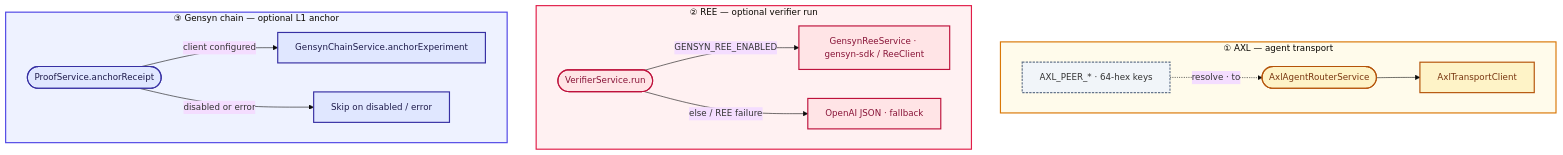
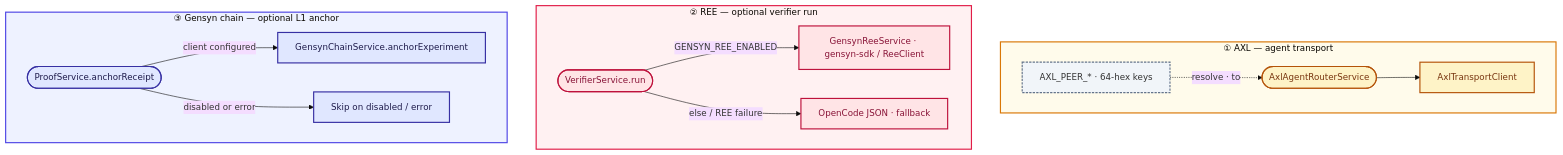
One commit to unabrijed/factuam-connector changed the third of 5 diagrams in docs/architecture-flow.md. Above: the diagram before and after it, drawn with Mermaid. The commit also changed other lines of this file and 100 other files, not shown here.

````diff
--- a/docs/architecture-flow.md
+++ b/docs/architecture-flow.md
@@ -145,40 +145,40 @@
 ```mermaid
 %%{init: {'theme': 'base', 'themeVariables': { 'fontSize': '15px' }}}%%
 flowchart TB
   classDef axl fill:#fef3c7,stroke:#b45309,stroke-width:2px,color:#78350f
   classDef ree fill:#ffe4e6,stroke:#be123c,stroke-width:2px,color:#881337
   classDef chain fill:#e0e7ff,stroke:#3730a3,stroke-width:2px,color:#1e1b4b
   classDef key fill:#f1f5f9,stroke:#64748b,stroke-width:2px,stroke-dasharray: 4 2
 
   subgraph g_axl [" ① AXL — agent transport "]
     R([AxlAgentRouterService])
     T[AxlTransportClient]
     GK[AXL_PEER_* · 64-hex keys]
     R --> T
     GK -.->|resolve · to| R
     class R,T axl
     class GK key
   end
 
   subgraph g_ree [" ② REE — optional verifier run "]
     V([VerifierService.run])
     REE[GensynReeService · gensyn-sdk / ReeClient]
-    OAI[OpenAI JSON · fallback]
+    OAI[OpenCode JSON · fallback]
     V -->|GENSYN_REE_ENABLED| REE
     V -->|else / REE failure| OAI
     class V,REE,OAI ree
   end
 
   subgraph g_chain [" ③ Gensyn chain — optional L1 anchor "]
     ANC([ProofService.anchorReceipt])
     GC[GensynChainService.anchorExperiment]
     OG0[Skip on disabled / error]
     ANC -->|client configured| GC
     ANC -->|disabled or error| OG0
     class ANC,GC,OG0 chain
   end
 
   style g_axl fill:#fffbeb,stroke:#d97706,stroke-width:2px
   style g_ree fill:#fff1f2,stroke:#e11d48,stroke-width:2px
   style g_chain fill:#eef2ff,stroke:#4f46e5,stroke-width:2px
 ```
````
